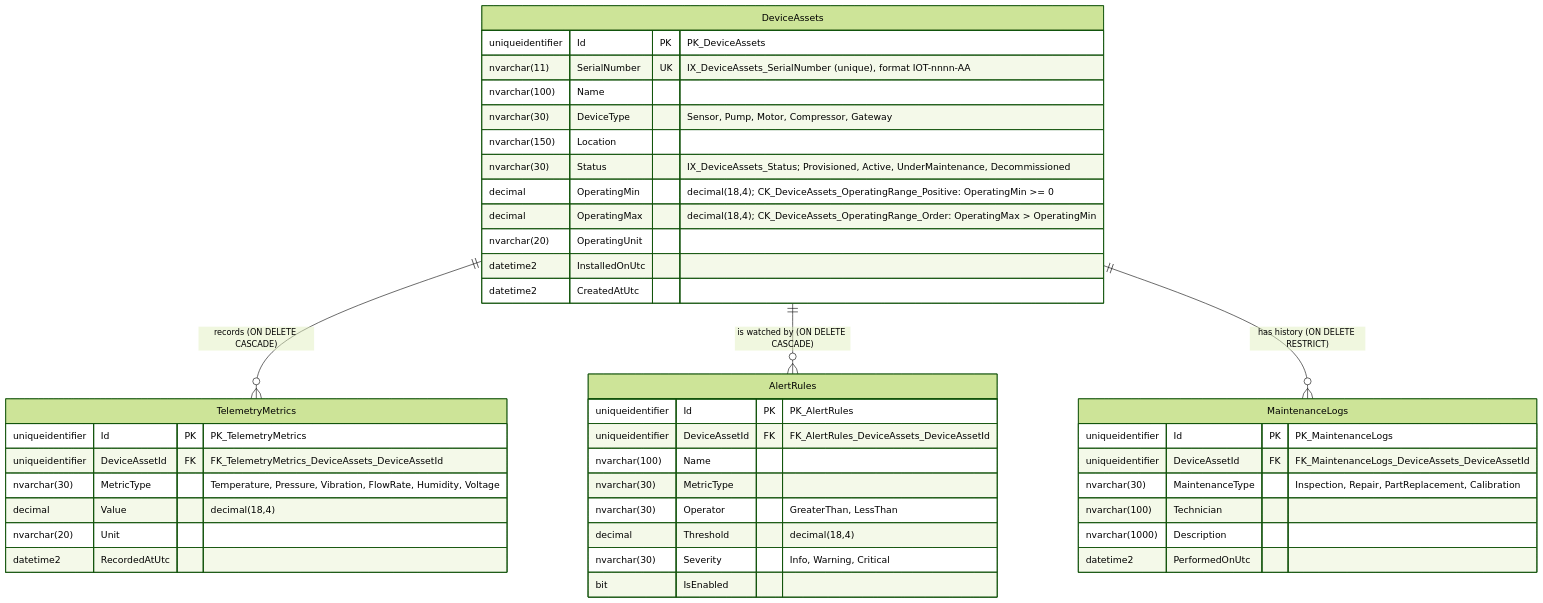
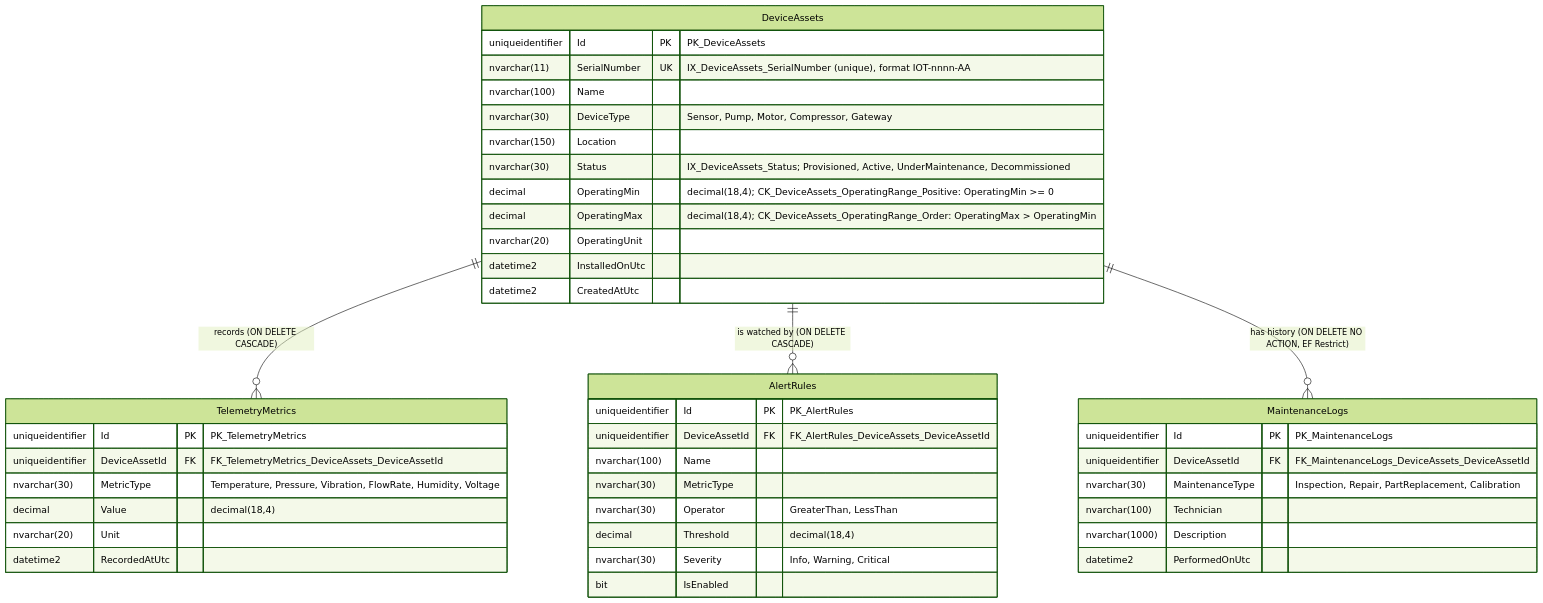
Before and after one commit to GoDZz412/STY-1004-Capstone-Project: the diagram in blueprint/erd.mmd, drawn with Mermaid (forest theme).

Commit message:
docs(blueprint): match ERD delete rule to the generated SQL

```diff
--- a/blueprint/erd.mmd
+++ b/blueprint/erd.mmd
@@ -1,60 +1,60 @@
 erDiagram
     %% IoTPlatform - Entity Relationship Diagram (Phase 1, SQL Server schema)
     %% Source of truth: the InitialCreate migration in src/IoTPlatform.Infrastructure/Persistence/Migrations.
     %% Every column is NOT NULL. Keys: PK = primary key, FK = foreign key, UK = unique.
     %% Enum columns store the enum name as text (nvarchar(30)).
     DeviceAssets ||--o{ TelemetryMetrics : "records (ON DELETE CASCADE)"
     DeviceAssets ||--o{ AlertRules : "is watched by (ON DELETE CASCADE)"
-    DeviceAssets ||--o{ MaintenanceLogs : "has history (ON DELETE RESTRICT)"
+    DeviceAssets ||--o{ MaintenanceLogs : "has history (ON DELETE NO ACTION, EF Restrict)"
 
     DeviceAssets {
         uniqueidentifier Id PK "PK_DeviceAssets"
         nvarchar(11) SerialNumber UK "IX_DeviceAssets_SerialNumber (unique), format IOT-nnnn-AA"
         nvarchar(100) Name
         nvarchar(30) DeviceType "Sensor, Pump, Motor, Compressor, Gateway"
         nvarchar(150) Location
         nvarchar(30) Status "IX_DeviceAssets_Status; Provisioned, Active, UnderMaintenance, Decommissioned"
         decimal OperatingMin "decimal(18,4); CK_DeviceAssets_OperatingRange_Positive: OperatingMin >= 0"
         decimal OperatingMax "decimal(18,4); CK_DeviceAssets_OperatingRange_Order: OperatingMax > OperatingMin"
         nvarchar(20) OperatingUnit
         datetime2 InstalledOnUtc
         datetime2 CreatedAtUtc
     }
 
     TelemetryMetrics {
         uniqueidentifier Id PK "PK_TelemetryMetrics"
         uniqueidentifier DeviceAssetId FK "FK_TelemetryMetrics_DeviceAssets_DeviceAssetId"
         nvarchar(30) MetricType "Temperature, Pressure, Vibration, FlowRate, Humidity, Voltage"
         decimal Value "decimal(18,4)"
         nvarchar(20) Unit
         datetime2 RecordedAtUtc
     }
 
     AlertRules {
         uniqueidentifier Id PK "PK_AlertRules"
         uniqueidentifier DeviceAssetId FK "FK_AlertRules_DeviceAssets_DeviceAssetId"
         nvarchar(100) Name
         nvarchar(30) MetricType
         nvarchar(30) Operator "GreaterThan, LessThan"
         decimal Threshold "decimal(18,4)"
         nvarchar(30) Severity "Info, Warning, Critical"
         bit IsEnabled
     }
 
     MaintenanceLogs {
         uniqueidentifier Id PK "PK_MaintenanceLogs"
         uniqueidentifier DeviceAssetId FK "FK_MaintenanceLogs_DeviceAssets_DeviceAssetId"
         nvarchar(30) MaintenanceType "Inspection, Repair, PartReplacement, Calibration"
         nvarchar(100) Technician
         nvarchar(1000) Description
         datetime2 PerformedOnUtc
     }
 
 %% Indexes besides PKs:
 %%   IX_DeviceAssets_SerialNumber (unique)          DeviceAssets(SerialNumber)
 %%   IX_DeviceAssets_Status                          DeviceAssets(Status)
 %%   IX_TelemetryMetrics_DeviceAssetId_RecordedAtUtc TelemetryMetrics(DeviceAssetId, RecordedAtUtc)
 %%   IX_TelemetryMetrics_DeviceAssetId_MetricType    TelemetryMetrics(DeviceAssetId, MetricType)
 %%   IX_AlertRules_DeviceAssetId_MetricType          AlertRules(DeviceAssetId, MetricType)
 %%   IX_MaintenanceLogs_DeviceAssetId_PerformedOnUtc MaintenanceLogs(DeviceAssetId, PerformedOnUtc)
 %% Check constraints use CAST(... AS REAL) in the model so they also work on SQLite (tests); see the migration for the exact SQL.
```
